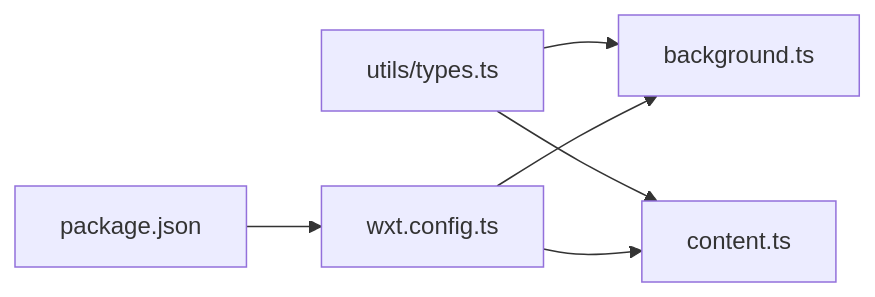
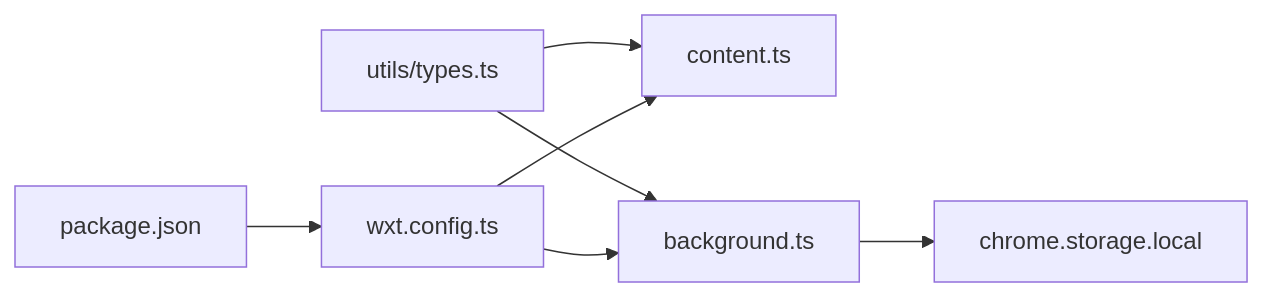
One commit to liaolongdong/account-password-helper changed the third of 4 diagrams in .qoder/repowiki/zh/content/API参考/消息通信协议.md. Above: the diagram before and after it, drawn with Mermaid. The commit also changed other lines of this file and 23 other files, not shown here.

````diff
--- a/.qoder/repowiki/zh/content/API参考/消息通信协议.md
+++ b/.qoder/repowiki/zh/content/API参考/消息通信协议.md
@@ -226,8 +319,9 @@
 ```mermaid
 graph LR
 TYPES["utils/types.ts"] --> CS["content.ts"]
 TYPES --> BG["background.ts"]
 WXT["wxt.config.ts"] --> BG
 WXT --> CS
 PKG["package.json"] --> WXT
+BG --> STORAGE["chrome.storage.local"]
 ```
````
